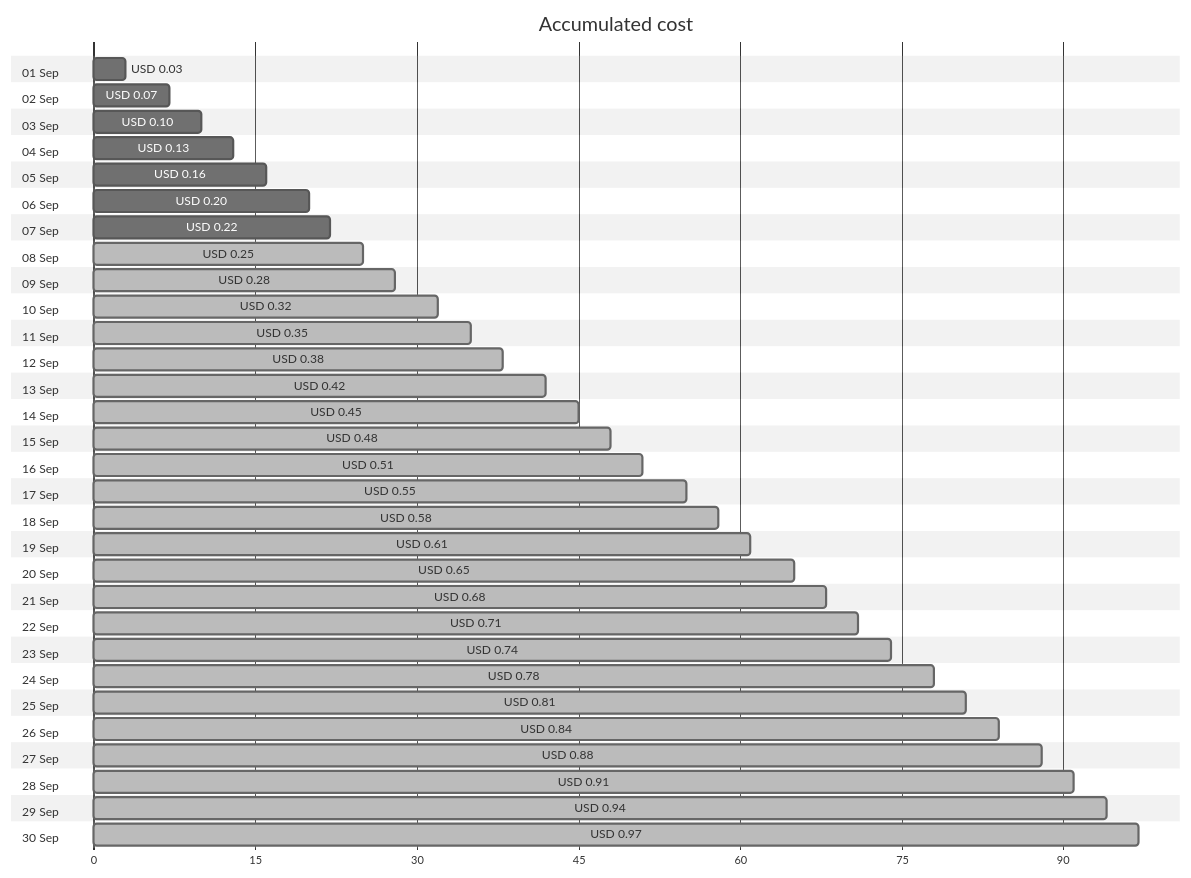
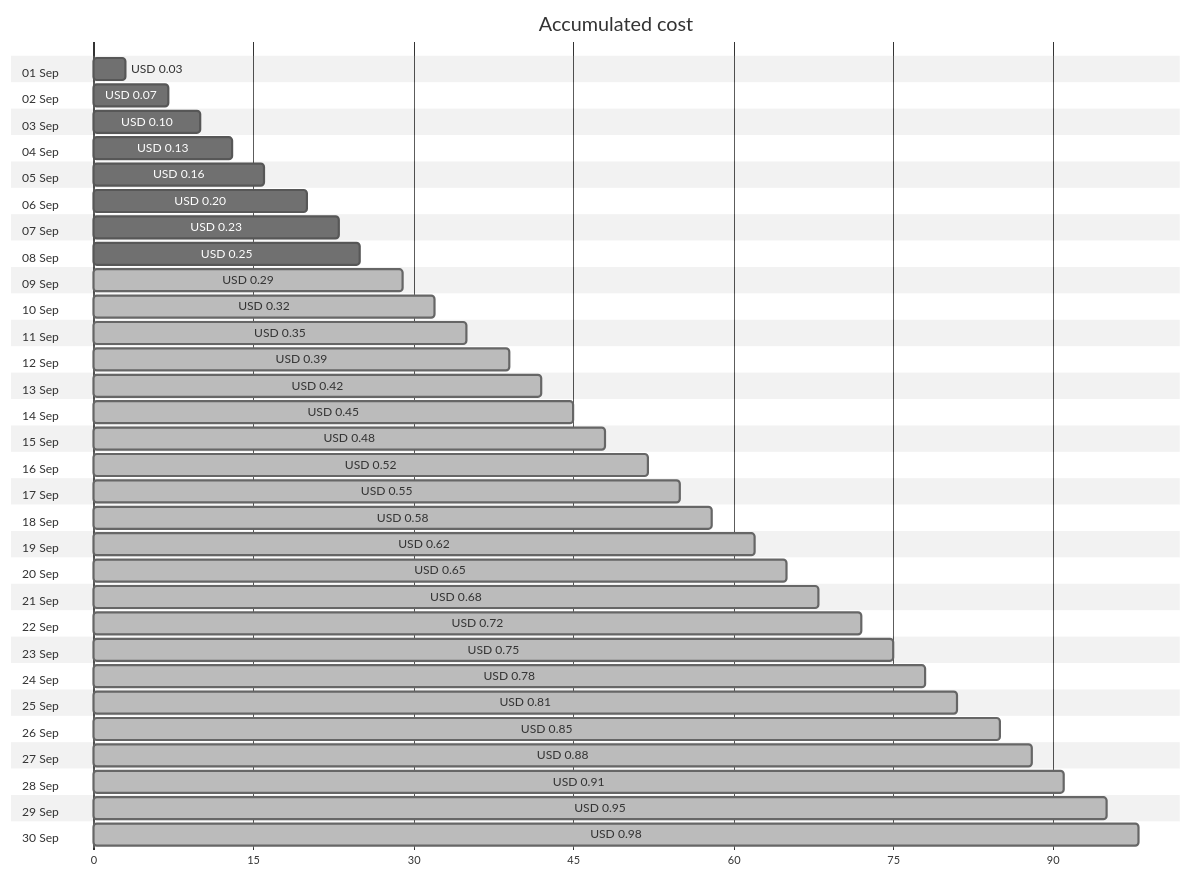
The first of 4 diagrams in cost-reports/personal-dns/README.md (jpfulton/azure-personal-reports), drawn with Mermaid (neutral theme) before and after one commit. The commit also changed other lines of this file and 2 other files, not shown here.

Commit message:
Generated reports [skip ci]

````diff
--- a/cost-reports/personal-dns/README.md
+++ b/cost-reports/personal-dns/README.md
@@ -20,66 +20,66 @@
 ```mermaid
 gantt
    title Accumulated cost
    dateFormat  X
    axisFormat %s
    section 01 Sep
    USD 0.03 :0, 3
    section 02 Sep
    USD 0.07 :0, 7
    section 03 Sep
    USD 0.10 :0, 10
    section 04 Sep
    USD 0.13 :0, 13
    section 05 Sep
    USD 0.16 :0, 16
    section 06 Sep
    USD 0.20 :0, 20
    section 07 Sep
-   USD 0.22 :0, 22
+   USD 0.23 :0, 23
    section 08 Sep
-   USD 0.25 : done, 0, 25
+   USD 0.25 :0, 25
    section 09 Sep
-   USD 0.28 : done, 0, 28
+   USD 0.29 : done, 0, 29
    section 10 Sep
    USD 0.32 : done, 0, 32
    section 11 Sep
    USD 0.35 : done, 0, 35
    section 12 Sep
-   USD 0.38 : done, 0, 38
+   USD 0.39 : done, 0, 39
    section 13 Sep
    USD 0.42 : done, 0, 42
    section 14 Sep
    USD 0.45 : done, 0, 45
    section 15 Sep
    USD 0.48 : done, 0, 48
    section 16 Sep
-   USD 0.51 : done, 0, 51
+   USD 0.52 : done, 0, 52
    section 17 Sep
    USD 0.55 : done, 0, 55
    section 18 Sep
    USD 0.58 : done, 0, 58
    section 19 Sep
-   USD 0.61 : done, 0, 61
+   USD 0.62 : done, 0, 62
    section 20 Sep
    USD 0.65 : done, 0, 65
    section 21 Sep
    USD 0.68 : done, 0, 68
    section 22 Sep
-   USD 0.71 : done, 0, 71
+   USD 0.72 : done, 0, 72
    section 23 Sep
-   USD 0.74 : done, 0, 74
+   USD 0.75 : done, 0, 75
    section 24 Sep
    USD 0.78 : done, 0, 78
    section 25 Sep
    USD 0.81 : done, 0, 81
    section 26 Sep
-   USD 0.84 : done, 0, 84
+   USD 0.85 : done, 0, 85
    section 27 Sep
    USD 0.88 : done, 0, 88
    section 28 Sep
    USD 0.91 : done, 0, 91
    section 29 Sep
-   USD 0.94 : done, 0, 94
+   USD 0.95 : done, 0, 95
    section 30 Sep
-   USD 0.97 : done, 0, 97
+   USD 0.98 : done, 0, 98
 ```
````
